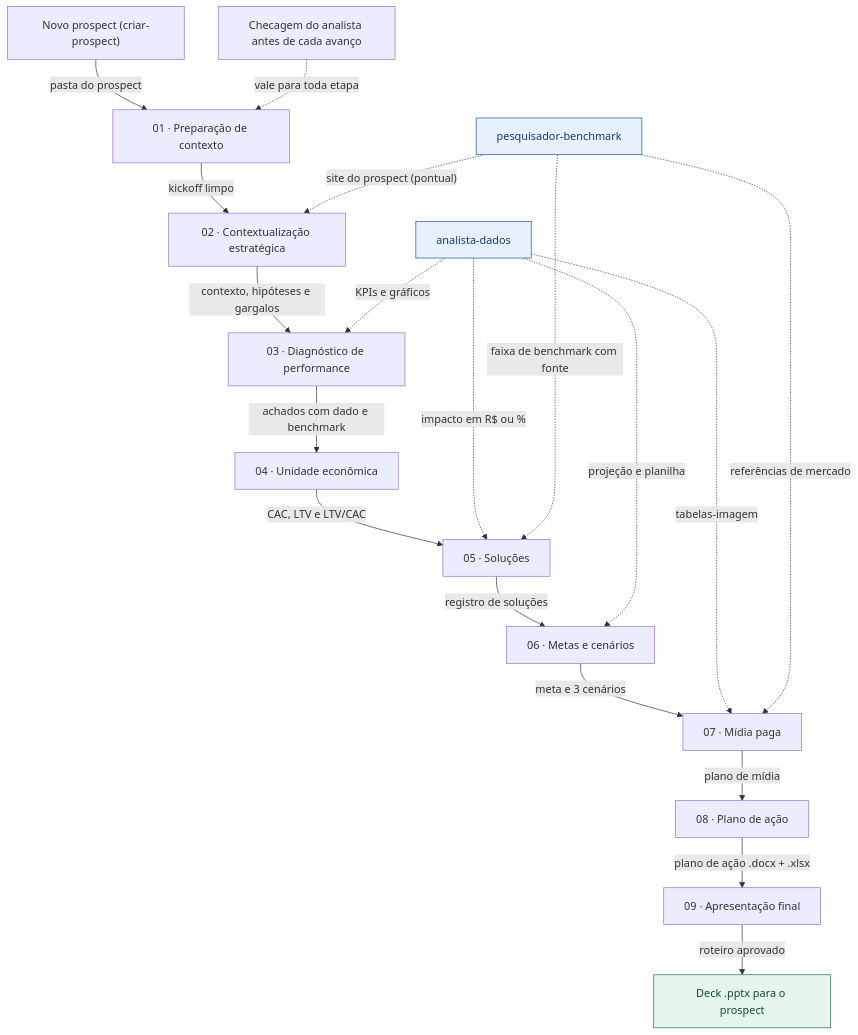
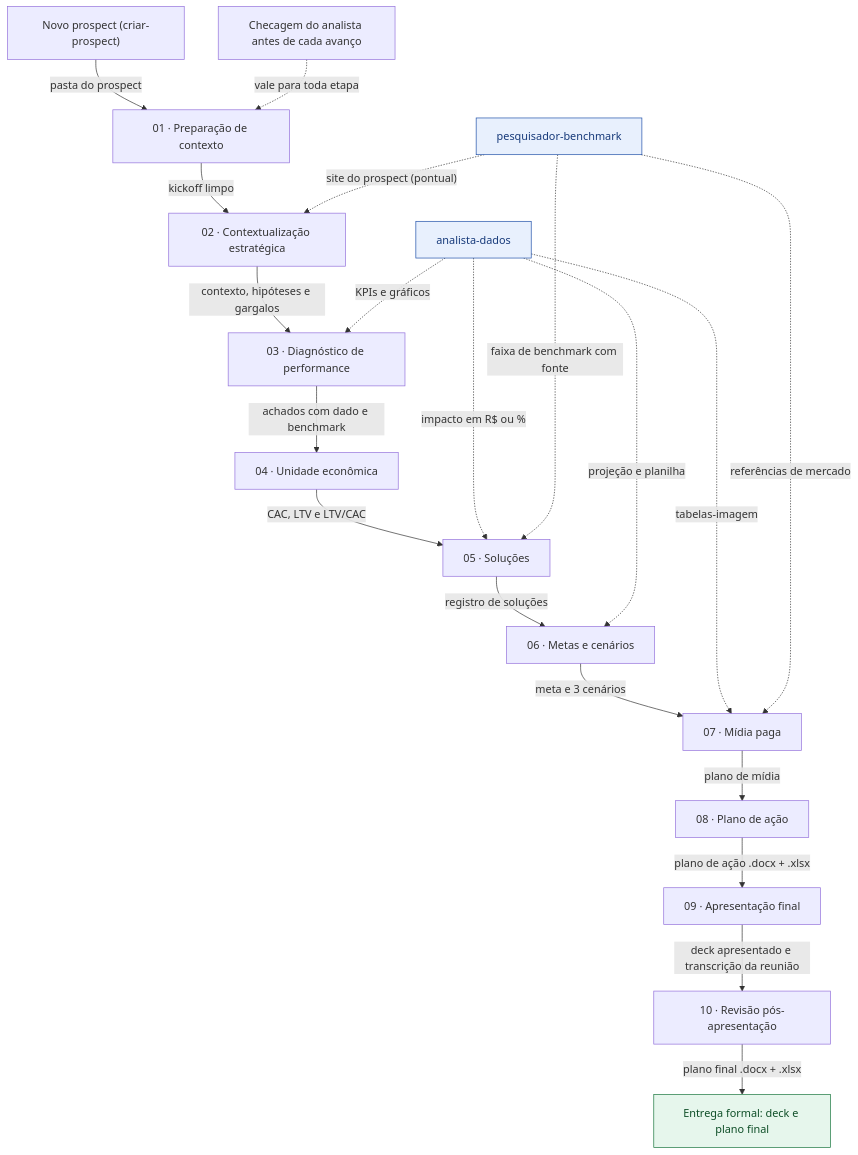
The diagram in .claude/skills/_shared/fluxo-geral.mmd (MatheusBoomer/growth-cycle-boomer), drawn with Mermaid before and after one commit. The commit also changed 13 other files, not shown here.

Commit message:
feat(skill-10): revisão pós-apresentação, fluxograma e textos

```diff
--- a/.claude/skills/_shared/fluxo-geral.mmd
+++ b/.claude/skills/_shared/fluxo-geral.mmd
@@ -1,41 +1,43 @@
 flowchart TD
   NP["Novo prospect (criar-prospect)"]
   E01["01 · Preparação de contexto"]
   E02["02 · Contextualização estratégica"]
   E03["03 · Diagnóstico de performance"]
   E04["04 · Unidade econômica"]
   E05["05 · Soluções"]
   E06["06 · Metas e cenários"]
   E07["07 · Mídia paga"]
   E08["08 · Plano de ação"]
   E09["09 · Apresentação final"]
-  FIM["Deck .pptx para o prospect"]
+  E10["10 · Revisão pós-apresentação"]
+  FIM["Entrega formal: deck e plano final"]
   AD["analista-dados"]
   PB["pesquisador-benchmark"]
   CK["Checagem do analista antes de cada avanço"]
 
   NP -->|"pasta do prospect"| E01
   E01 -->|"kickoff limpo"| E02
   E02 -->|"contexto, hipóteses e gargalos"| E03
   E03 -->|"achados com dado e benchmark"| E04
   E04 -->|"CAC, LTV e LTV/CAC"| E05
   E05 -->|"registro de soluções"| E06
   E06 -->|"meta e 3 cenários"| E07
   E07 -->|"plano de mídia"| E08
   E08 -->|"plano de ação .docx + .xlsx"| E09
-  E09 -->|"roteiro aprovado"| FIM
+  E09 -->|"deck apresentado e transcrição da reunião"| E10
+  E10 -->|"plano final .docx + .xlsx"| FIM
 
   AD -.->|"KPIs e gráficos"| E03
   AD -.->|"impacto em R$ ou %"| E05
   AD -.->|"projeção e planilha"| E06
   AD -.->|"tabelas-imagem"| E07
   PB -.->|"site do prospect (pontual)"| E02
   PB -.->|"faixa de benchmark com fonte"| E05
   PB -.->|"referências de mercado"| E07
   CK -.->|"vale para toda etapa"| E01
 
   class AD,PB subagente
   class FIM entrega
   classDef checkpoint fill:#fff1e6,stroke:#e8803a,color:#7a3d0c
   classDef subagente fill:#e8f0fd,stroke:#1f4fa8,color:#173a7a
   classDef entrega fill:#e6f6ec,stroke:#16743b,color:#0f4f28
```
